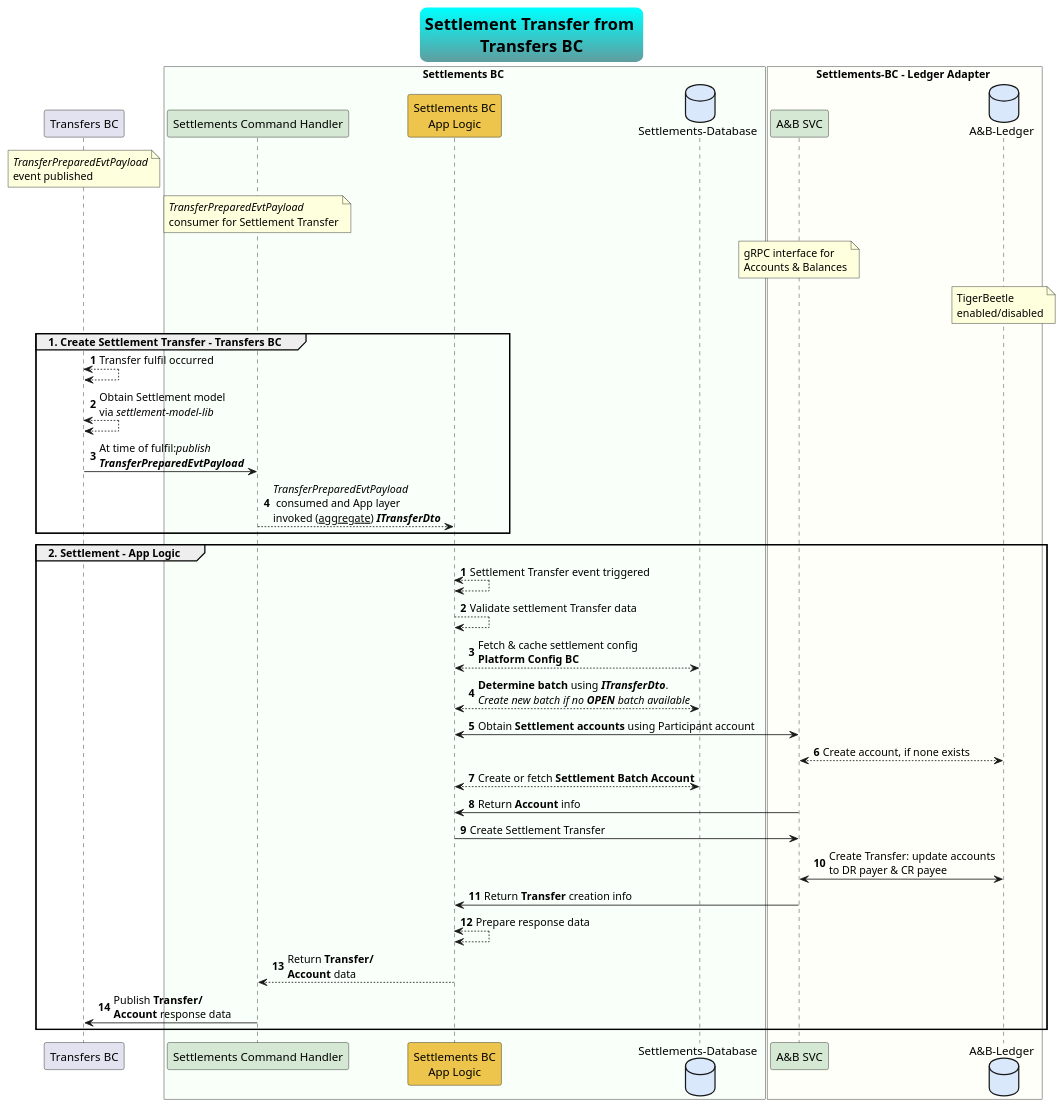
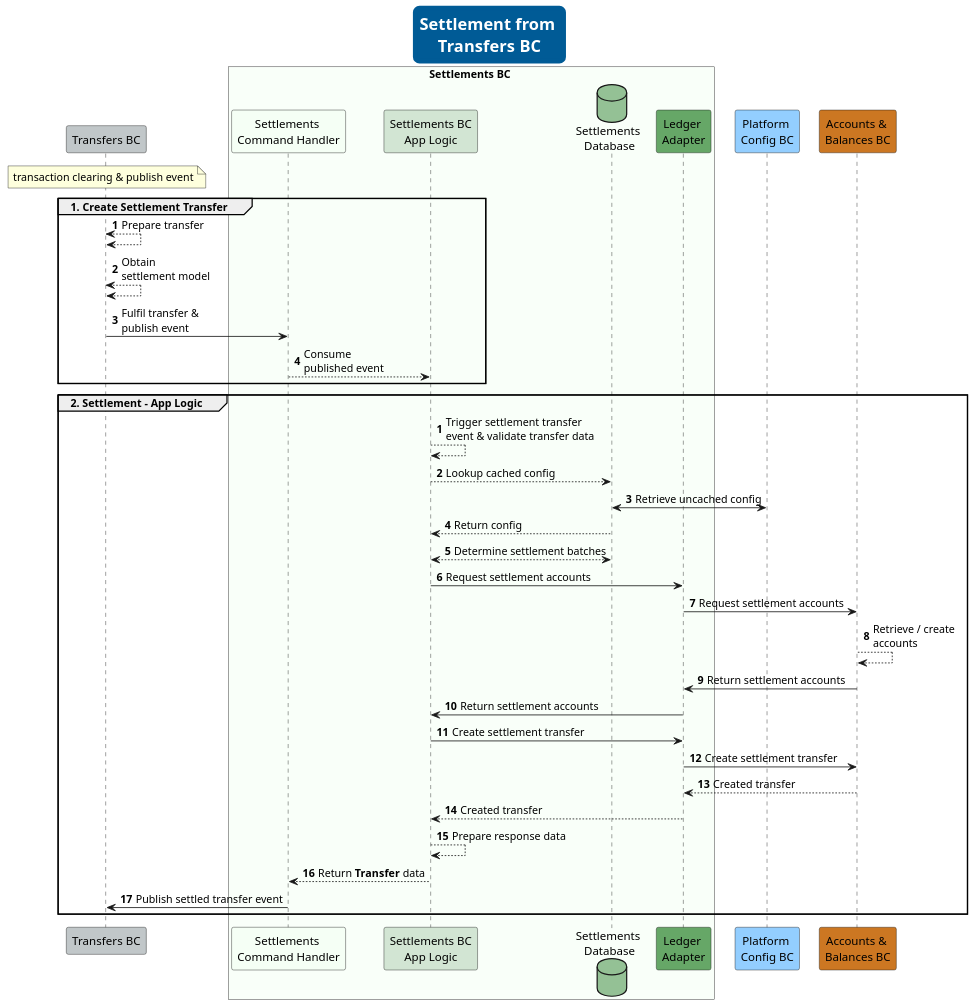
The diagram in docs/flows/01-settlement-transfer-bc.puml (mojaloop/settlements-bc), drawn with PlantUML before and after one commit. The commit also changed 1 other file, not shown here.

Commit message:
Updated flow docs.

```diff
--- a/docs/flows/01-settlement-transfer-bc.puml
+++ b/docs/flows/01-settlement-transfer-bc.puml
@@ -1,65 +1,62 @@
-@startuml
+@startuml Settle_with_Transfers_BC
 
 skinparam TitleFontSize 20
-skinparam titleBorderRoundCorner 15
-skinparam titleBorderThickness 2
-skinparam titleBorderColor Aqua-CadetBlue
-skinparam titleBackgroundColor Aqua-CadetBlue
-title Settlement Transfer from \nTransfers BC
+skinparam TitleFontColor #FFFFFF
+skinparam titleBorderRoundCorner 10
+skinparam titleBorderThickness 6
+skinparam titleBorderColor #005B96
+skinparam titleBackgroundColor #005B96
+title Settlement from \nTransfers BC
 
-participant "Transfers BC" as ext_transfers_bc
+participant "Transfers BC" as ext_transfers_bc #C1C7C9
 note over ext_transfers_bc
-    //TransferPreparedEvtPayload//
-    event published
+    transaction clearing & publish event
 end note
 
 box Settlements BC #F9FFF9
-	participant "Settlements Command Handler" as sbc_grpc #D5E8D4
-    note over sbc_grpc
-        //TransferPreparedEvtPayload//
-        consumer for Settlement Transfer
-    end note
-	participant "Settlements BC\nApp Logic" as sbc_app_logic #EDC54D
-	database "Settlements-Database" as sbc_db #DAE8FC
+	participant "Settlements \nCommand Handler" as sbc_grpc #F5FFF5
+	participant "Settlements BC\nApp Logic" as sbc_app_logic #D2E5D3
+	database "Settlements \nDatabase" as sbc_db #94C195
+    participant "Ledger \nAdapter" as sbc_adptr #66A767
 end box
 
-box Settlements-BC - Ledger Adapter #FFFFF9
-    participant "A&B SVC" as abbc_grpc #D5E8D4
-    database "A&B-Ledger" as abbc_tigerbeetle #DAE8FC
-    note over abbc_grpc
-        gRPC interface for 
-        Accounts & Balances
-    end note
-    note over abbc_tigerbeetle
-        TigerBeetle 
-        enabled/disabled
-    end note
-end box
+participant "Platform \nConfig BC" as pc_bc #93CEFF
+participant "Accounts & \nBalances BC" as ab_bc #CC7722
 
-group 1. Create Settlement Transfer - Transfers BC
+group 1. Create Settlement Transfer
 autonumber
-    ext_transfers_bc <--> ext_transfers_bc : Transfer fulfil occurred
-    ext_transfers_bc <--> ext_transfers_bc : Obtain Settlement model\nvia //settlement-model-lib//
-    ext_transfers_bc -> sbc_grpc : At time of fulfil://publish//\n**//TransferPreparedEvtPayload//**
-    sbc_grpc --> sbc_app_logic : //TransferPreparedEvtPayload//\n consumed and App layer\ninvoked (__aggregate__) **//ITransferDto//**
+    ext_transfers_bc <--> ext_transfers_bc : Prepare transfer
+    ext_transfers_bc <--> ext_transfers_bc : Obtain \nsettlement model
+'    ext_transfers_bc <--> ext_transfers_bc : Obtain Settlement model\nvia //settlement-model-lib//
+    ext_transfers_bc -> sbc_grpc : Fulfil transfer & \npublish event
+    sbc_grpc --> sbc_app_logic : Consume \npublished event
+    'sbc_grpc --> sbc_app_logic : //TransferPreparedEvtPayload//\n consumed and App layer\ninvoked (__aggregate__) **//ITransferDto//**
 end
 
 group 2. Settlement - App Logic
 autonumber
-    sbc_app_logic <--> sbc_app_logic: Settlement Transfer event triggered
-    sbc_app_logic --> sbc_app_logic : Validate settlement Transfer data
-    sbc_app_logic <--> sbc_db : Fetch & cache settlement config\n**Platform Config BC**
-    sbc_app_logic <--> sbc_db : **Determine batch** using **//ITransferDto//**.\n//Create new batch if no **OPEN** batch available//
-    sbc_app_logic <-> abbc_grpc : Obtain **Settlement accounts** using Participant account
-    abbc_grpc <--> abbc_tigerbeetle : Create account, if none exists
-    sbc_app_logic <--> sbc_db : Create or fetch **Settlement Batch Account** 
-    abbc_grpc -> sbc_app_logic : Return **Account** info
-    sbc_app_logic -> abbc_grpc: Create Settlement Transfer
-    abbc_grpc <-> abbc_tigerbeetle: Create Transfer: update accounts \nto DR payer & CR payee
-    abbc_grpc -> sbc_app_logic : Return **Transfer** creation info
-    sbc_app_logic <--> sbc_app_logic: Prepare response data
-    sbc_app_logic --> sbc_grpc: Return **Transfer/** \n**Account** data
-    sbc_grpc -> ext_transfers_bc: Publish **Transfer/** \n**Account** response data
+    sbc_app_logic --> sbc_app_logic: Trigger settlement transfer \nevent & validate transfer data
+    sbc_app_logic --> sbc_db : Lookup cached config
+    sbc_db <-> pc_bc : Retrieve uncached config
+    sbc_app_logic <-- sbc_db : Return config
+    sbc_app_logic <--> sbc_db : Determine settlement batches
+    'sbc_app_logic <--> sbc_db : **Determine batch** using **//ITransferDto//**.\n//Create new batch if no **OPEN** batch available//
+    sbc_app_logic -> sbc_adptr : Request settlement accounts
+    sbc_adptr -> ab_bc : Request settlement accounts
+    'sbc_app_logic <-> abbc_grpc : Obtain **Settlement accounts** using Participant account
+    ab_bc --> ab_bc : Retrieve / create \naccounts
+    'abbc_grpc <--> abbc_tigerbeetle : Create settlement account, if none exists
+    'sbc_app_logic <--> sbc_db : Create or fetch **Settlement Batch Account**
+    ab_bc -> sbc_adptr : Return settlement accounts
+    sbc_adptr -> sbc_app_logic : Return settlement accounts
+    sbc_app_logic -> sbc_adptr: Create settlement transfer
+    sbc_adptr -> ab_bc: Create settlement transfer
+    ab_bc --> sbc_adptr: Created transfer
+    sbc_adptr --> sbc_app_logic: Created transfer
+    'ab_bc <-> ab_bc: Create Transfer: update accounts \nto DR payer & CR payee
+    sbc_app_logic --> sbc_app_logic: Prepare response data
+    sbc_app_logic --> sbc_grpc: Return **Transfer** data
+    sbc_grpc -> ext_transfers_bc: Publish settled transfer event
 end
 
-@enduml
+@enduml 
```
